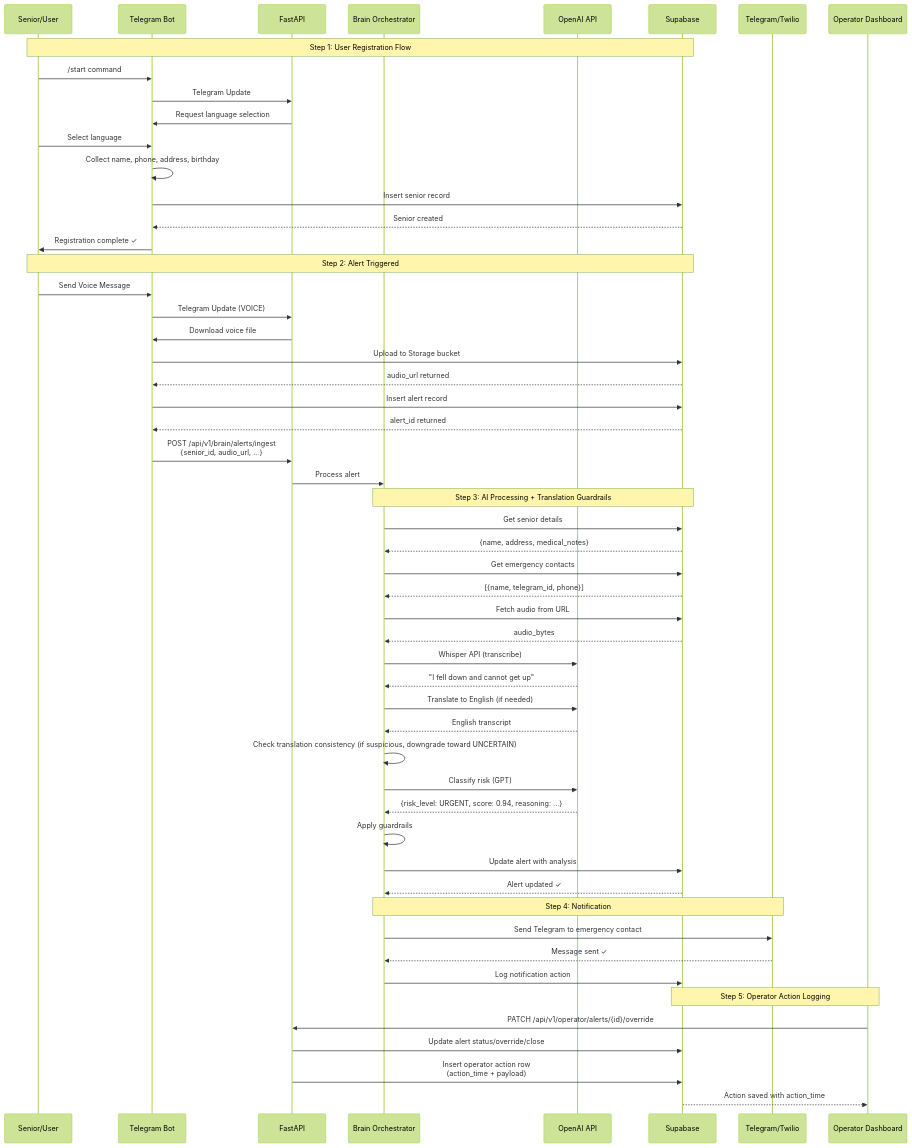
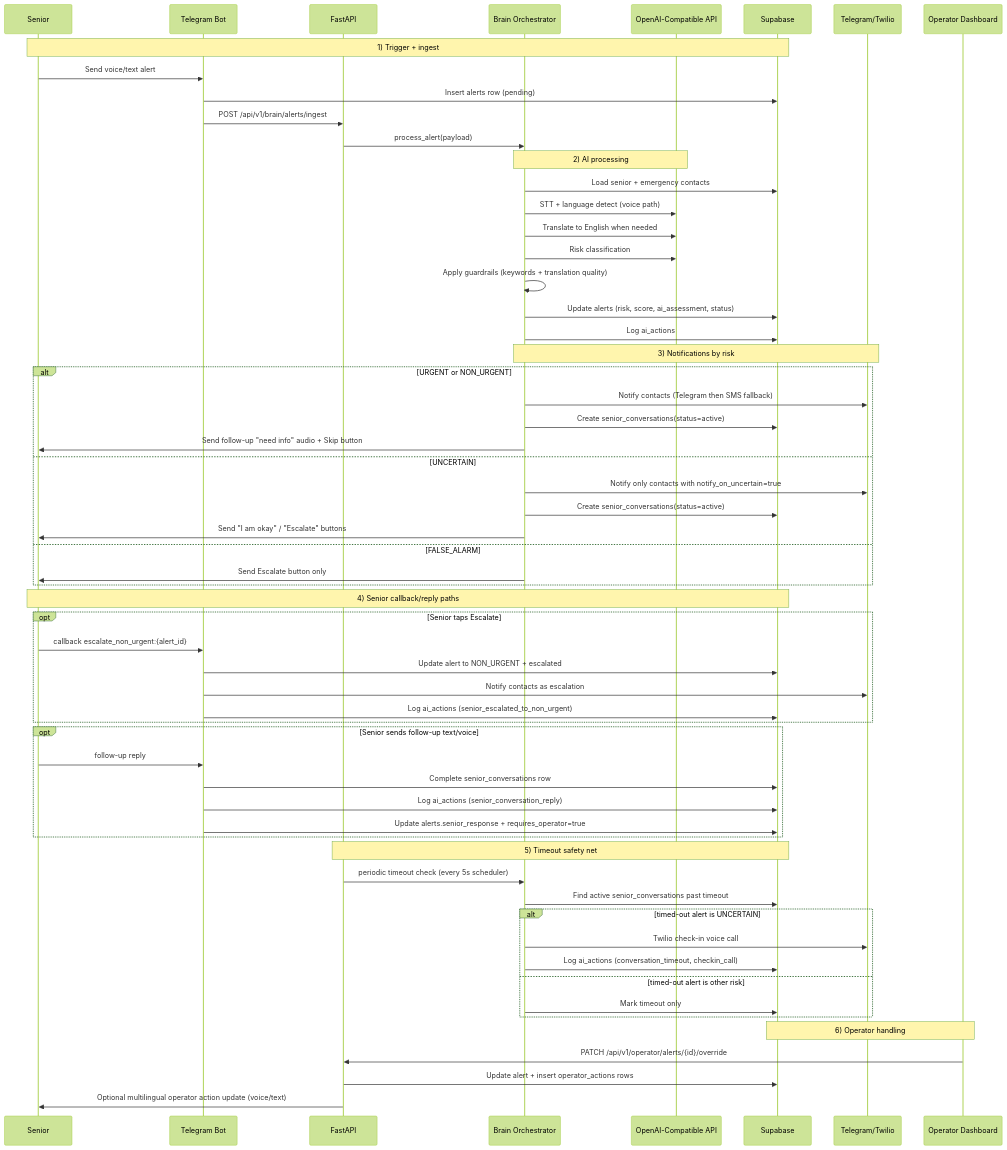
Before and after one commit to brucewzj99/PersonalAlertPlus: the second of 3 diagrams in flowchart.md, drawn with Mermaid (forest theme). The commit also changed other lines of this file and 56 other files, not shown here.

````diff
--- a/flowchart.md
+++ b/flowchart.md
@@ -135,66 +112,69 @@
 ```mermaid
 sequenceDiagram
-    participant User as Senior/User
-    participant TB as Telegram Bot
+    participant Senior
+    participant Bot as Telegram Bot
     participant API as FastAPI
     participant Brain as Brain Orchestrator
-    participant AI as OpenAI API
+    participant AI as OpenAI-Compatible API
     participant DB as Supabase
-    participant Notif as Telegram/Twilio
-    participant Op as Operator Dashboard
+    participant Notify as Telegram/Twilio
+    participant Ops as Operator Dashboard
 
-    Note over User,DB: Step 1: User Registration Flow
-    User->>TB: /start command
-    TB->>API: Telegram Update
-    API->>TB: Request language selection
-    User->>TB: Select language
-    TB->>TB: Collect name, phone, address, birthday
-    TB->>DB: Insert senior record
-    DB-->>TB: Senior created
-    TB->>User: Registration complete ✓
+    Note over Senior,DB: 1) Trigger + ingest
+    Senior->>Bot: Send voice/text alert
+    Bot->>DB: Insert alerts row (pending)
+    Bot->>API: POST /api/v1/brain/alerts/ingest
+    API->>Brain: process_alert(payload)
 
-    Note over User,DB: Step 2: Alert Triggered
-    User->>TB: Send Voice Message
-    TB->>API: Telegram Update (VOICE)
-    API->>TB: Download voice file
-    TB->>DB: Upload to Storage bucket
-    DB-->>TB: audio_url returned
-    TB->>DB: Insert alert record
-    DB-->>TB: alert_id returned
-    TB->>API: POST /api/v1/brain/alerts/ingest<br/>{senior_id, audio_url, ...}
-    API->>Brain: Process alert
+    Note over Brain,AI: 2) AI processing
+    Brain->>DB: Load senior + emergency contacts
+    Brain->>AI: STT + language detect (voice path)
+    Brain->>AI: Translate to English when needed
+    Brain->>AI: Risk classification
+    Brain->>Brain: Apply guardrails (keywords + translation quality)
+    Brain->>DB: Update alerts (risk, score, ai_assessment, status)
+    Brain->>DB: Log ai_actions
 
-    Note over Brain,DB: Step 3: AI Processing + Translation Guardrails
-    Brain->>DB: Get senior details
-    DB-->>Brain: {name, address, medical_notes}
-    Brain->>DB: Get emergency contacts
-    DB-->>Brain: [{name, telegram_id, phone}]
-    Brain->>DB: Fetch audio from URL
-    DB-->>Brain: audio_bytes
-    
-    Brain->>AI: Whisper API (transcribe)
-    AI-->>Brain: "I fell down and cannot get up"
-    
-    Brain->>AI: Translate to English (if needed)
-    AI-->>Brain: English transcript
-    
-    Brain->>Brain: Check translation consistency (if suspicious, downgrade toward UNCERTAIN)
+    Note over Brain,Notify: 3) Notifications by risk
+    alt URGENT or NON_URGENT
+        Brain->>Notify: Notify contacts (Telegram then SMS fallback)
+        Brain->>DB: Create senior_conversations(status=active)
+        Brain->>Senior: Send follow-up "need info" audio + Skip button
+    else UNCERTAIN
+        Brain->>Notify: Notify only contacts with notify_on_uncertain=true
+        Brain->>DB: Create senior_conversations(status=active)
+        Brain->>Senior: Send "I am okay" / "Escalate" buttons
+    else FALSE_ALARM
+        Brain->>Senior: Send Escalate button only
+    end
 
-    Brain->>AI: Classify risk (GPT)
-    AI-->>Brain: {risk_level: URGENT, score: 0.94, reasoning: ...}
-    
-    Brain->>Brain: Apply guardrails
-    Brain->>DB: Update alert with analysis
-    DB-->>Brain: Alert updated ✓
+    Note over Senior,DB: 4) Senior callback/reply paths
+    opt Senior taps Escalate
+        Senior->>Bot: callback escalate_non_urgent:{alert_id}
+        Bot->>DB: Update alert to NON_URGENT + escalated
+        Bot->>Notify: Notify contacts as escalation
+        Bot->>DB: Log ai_actions (senior_escalated_to_non_urgent)
+    end
 
-    Note over Brain,Notif: Step 4: Notification
-    Brain->>Notif: Send Telegram to emergency contact
-    Notif-->>Brain: Message sent ✓
-    Brain->>DB: Log notification action
+    opt Senior sends follow-up text/voice
+        Senior->>Bot: follow-up reply
+        Bot->>DB: Complete senior_conversations row
+        Bot->>DB: Log ai_actions (senior_conversation_reply)
+        Bot->>DB: Update alerts.senior_response + requires_operator=true
+    end
 
-    Note over Op,DB: Step 5: Operator Action Logging
-    Op->>API: PATCH /api/v1/operator/alerts/{id}/override
-    API->>DB: Update alert status/override/close
-    API->>DB: Insert operator action row<br/>(action_time + payload)
-    DB-->>Op: Action saved with action_time
+    Note over API,DB: 5) Timeout safety net
+    API->>Brain: periodic timeout check (every 5s scheduler)
+    Brain->>DB: Find active senior_conversations past timeout
+    alt timed-out alert is UNCERTAIN
+        Brain->>Notify: Twilio check-in voice call
+        Brain->>DB: Log ai_actions (conversation_timeout, checkin_call)
+    else timed-out alert is other risk
+        Brain->>DB: Mark timeout only
+    end
+
+    Note over Ops,DB: 6) Operator handling
+    Ops->>API: PATCH /api/v1/operator/alerts/{id}/override
+    API->>DB: Update alert + insert operator_actions rows
+    API->>Senior: Optional multilingual operator action update (voice/text)
 ```
````
